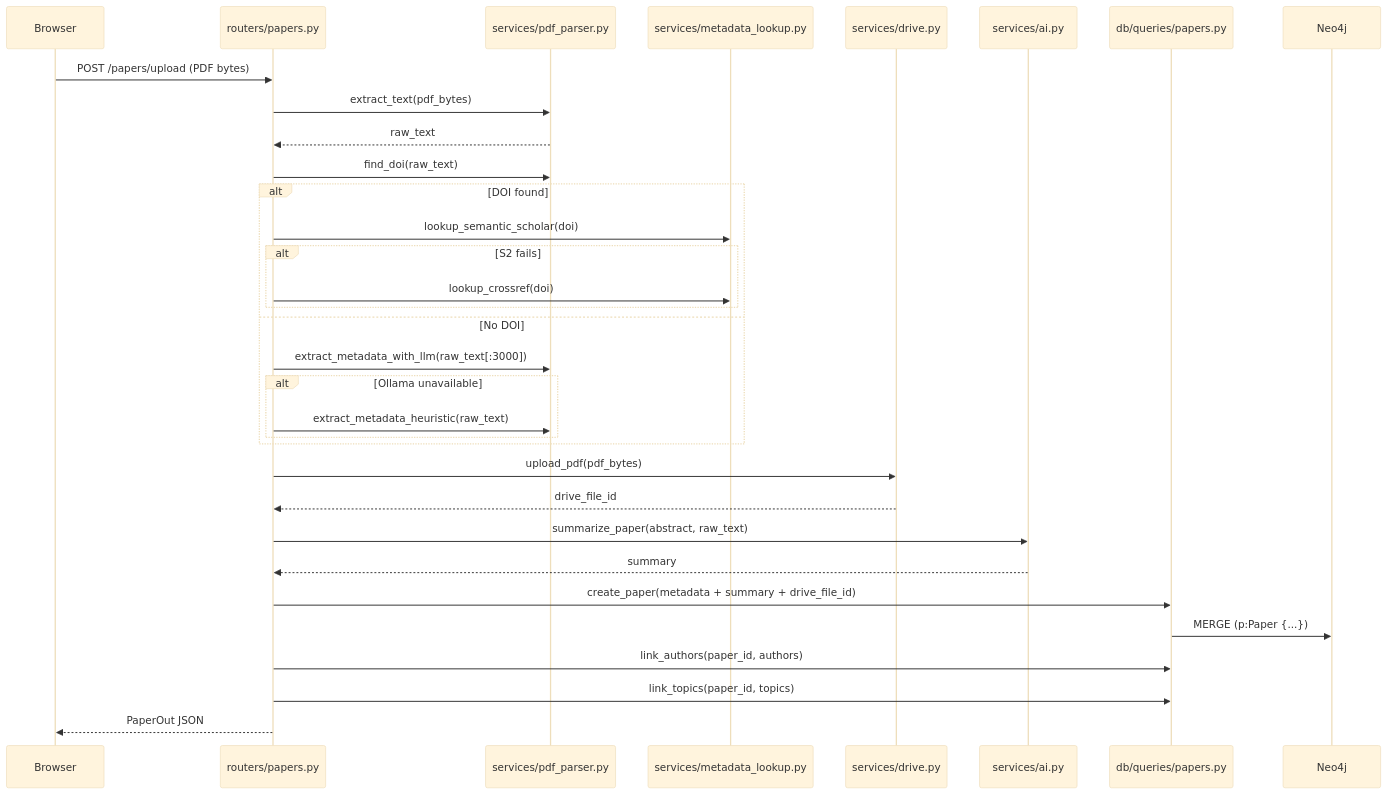
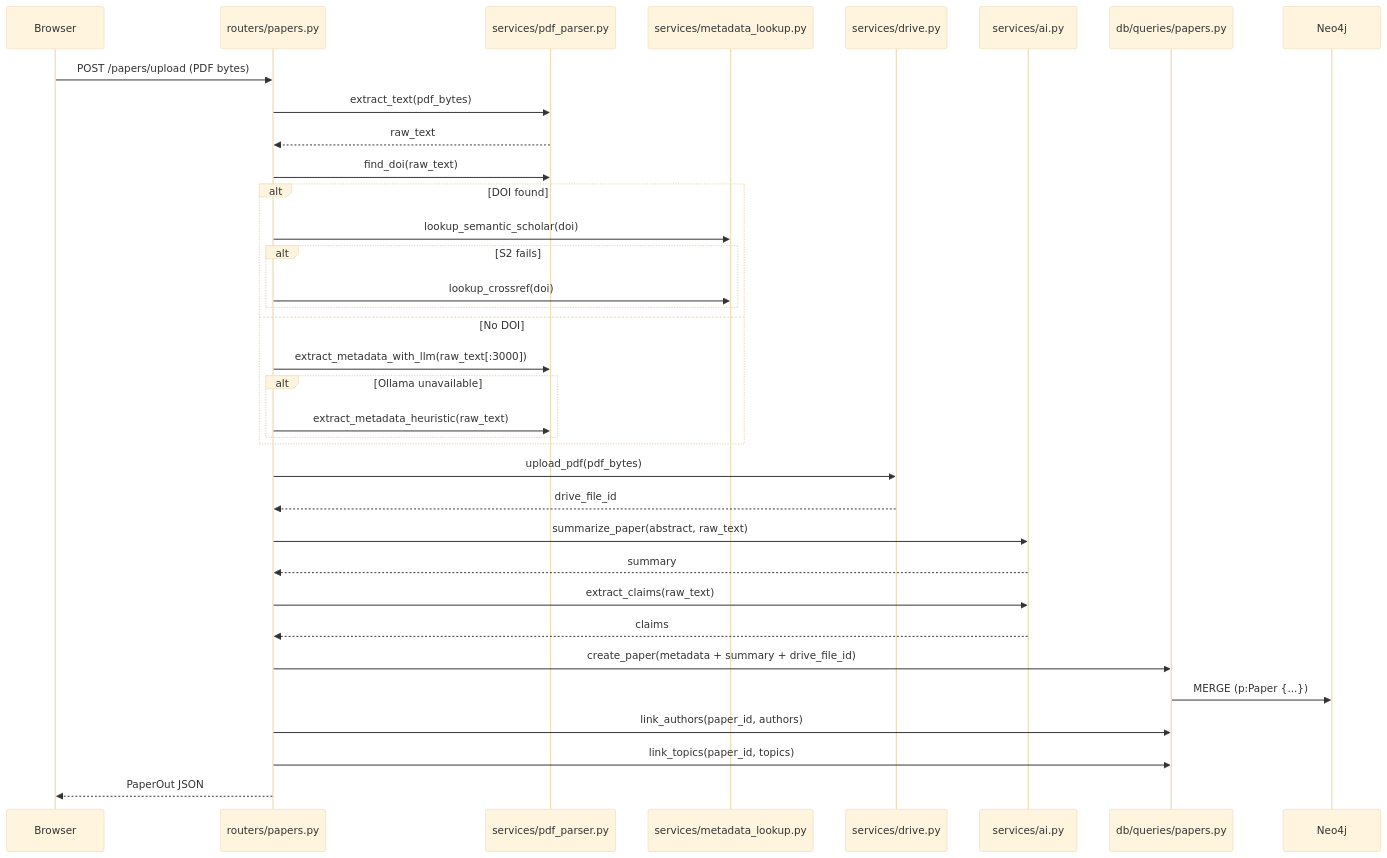
The second of 2 diagrams in docs/technical/architecture.md (NiklasAbraham/PaperManager), drawn with Mermaid (base theme) before and after one commit. The commit also changed other lines of this file and 43 other files, not shown here.

````diff
--- a/docs/technical/architecture.md
+++ b/docs/technical/architecture.md
@@ -151,36 +135,38 @@
 ```mermaid
 sequenceDiagram
     participant Browser
     participant Router as routers/papers.py
     participant PDFParser as services/pdf_parser.py
     participant MetaLookup as services/metadata_lookup.py
     participant Drive as services/drive.py
     participant AI as services/ai.py
     participant DB as db/queries/papers.py
     participant Neo4j
 
     Browser->>Router: POST /papers/upload (PDF bytes)
     Router->>PDFParser: extract_text(pdf_bytes)
     PDFParser-->>Router: raw_text
     Router->>PDFParser: find_doi(raw_text)
     alt DOI found
         Router->>MetaLookup: lookup_semantic_scholar(doi)
         alt S2 fails
             Router->>MetaLookup: lookup_crossref(doi)
         end
     else No DOI
         Router->>PDFParser: extract_metadata_with_llm(raw_text[:3000])
         alt Ollama unavailable
             Router->>PDFParser: extract_metadata_heuristic(raw_text)
         end
     end
     Router->>Drive: upload_pdf(pdf_bytes)
     Drive-->>Router: drive_file_id
     Router->>AI: summarize_paper(abstract, raw_text)
     AI-->>Router: summary
+    Router->>AI: extract_claims(raw_text)
+    AI-->>Router: claims
     Router->>DB: create_paper(metadata + summary + drive_file_id)
     DB->>Neo4j: MERGE (p:Paper {...})
     Router->>DB: link_authors(paper_id, authors)
     Router->>DB: link_topics(paper_id, topics)
     Router-->>Browser: PaperOut JSON
 ```
````
